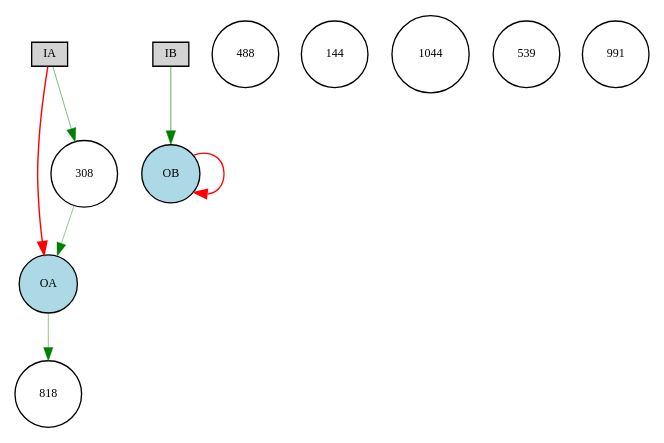
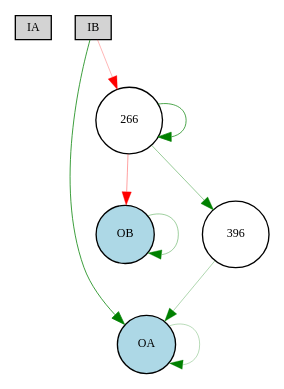
Before and after one commit to danxan/neuromorphic-evolution: the diagram in source/cont_exp/Digraph.gv, drawn with Graphviz. The commit also changed 3 other files, not shown here.

```diff
--- a/source/cont_exp/Digraph.gv
+++ b/source/cont_exp/Digraph.gv
@@ -1,20 +1,17 @@
 digraph {
 	node [fontsize=9 height=0.2 shape=circle width=0.2]
 	IA [fillcolor=lightgray shape=box style=filled]
 	IB [fillcolor=lightgray shape=box style=filled]
 	OA [fillcolor=lightblue style=filled]
 	OB [fillcolor=lightblue style=filled]
-	488 [fillcolor=white style=filled]
-	144 [fillcolor=white style=filled]
-	818 [fillcolor=white style=filled]
-	308 [fillcolor=white style=filled]
-	1044 [fillcolor=white style=filled]
-	539 [fillcolor=white style=filled]
-	991 [fillcolor=white style=filled]
-	OB -> OB [color=red penwidth=0.9581726225609701 style=solid]
-	IA -> OA [color=red penwidth=1.0538410690965738 style=solid]
-	OA -> 818 [color=green penwidth=0.33171390464799 style=solid]
-	IB -> OB [color=green penwidth=0.4691090713406434 style=solid]
-	308 -> OA [color=green penwidth=0.33105759161783255 style=solid]
-	IA -> 308 [color=green penwidth=0.3900156620467107 style=solid]
+	266 [fillcolor=white style=filled]
+	396 [fillcolor=white style=filled]
+	IB -> 266 [color=red penwidth=0.21633810004072573 style=solid]
+	266 -> OB [color=red penwidth=0.2823646744358228 style=solid]
+	OA -> OA [color=green penwidth=0.20937582849628944 style=solid]
+	OB -> OB [color=green penwidth=0.29403358337823843 style=solid]
+	266 -> 266 [color=green penwidth=0.5235679881534538 style=solid]
+	IB -> OA [color=green penwidth=0.5660518214642462 style=solid]
+	266 -> 396 [color=green penwidth=0.31161799125111855 style=solid]
+	396 -> OA [color=green penwidth=0.23835797969267752 style=solid]
 }
```
